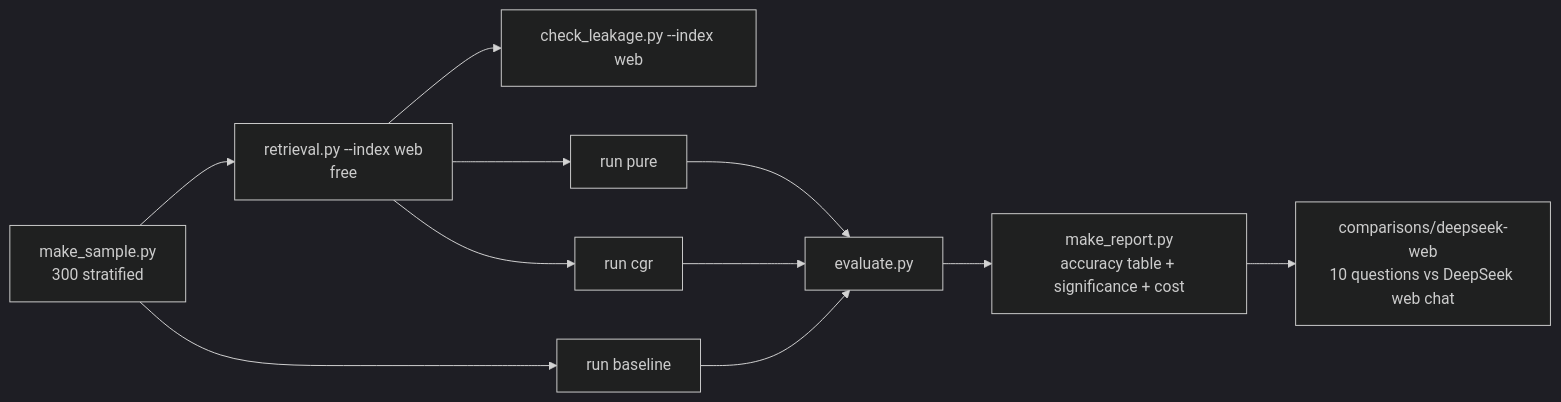
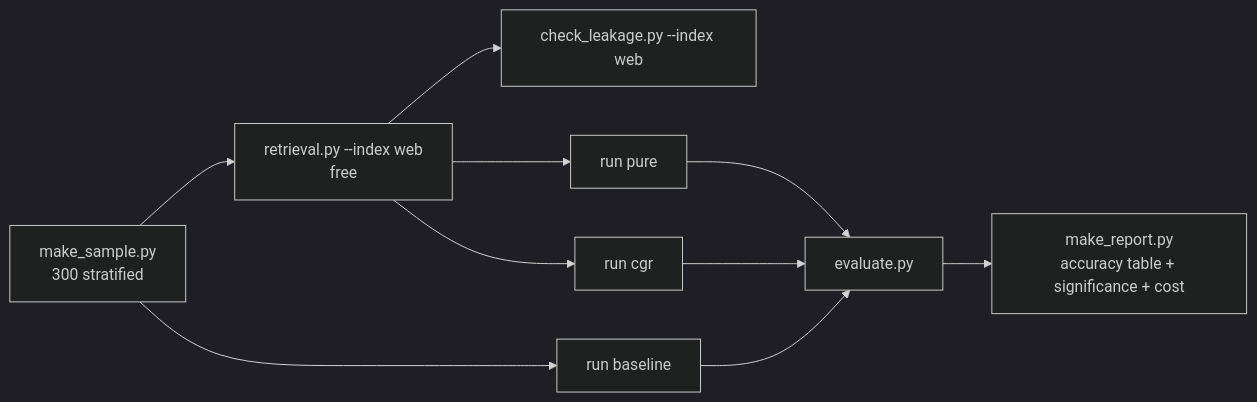
The sixth of 6 diagrams in project-structure/README.md (benleung2004/RAPTOR-CGR), drawn with Mermaid (dark theme) before and after one commit. The commit also changed other lines of this file and 4 other files, not shown here.

Commit message:
Remove unused DeepSeek web comparison sheet (the API baseline covers it)

````diff
--- a/project-structure/README.md
+++ b/project-structure/README.md
@@ -183,11 +182,10 @@
 ```mermaid
 flowchart LR
     M[make_sample.py<br/>300 stratified] --> RW[retrieval.py --index web<br/>free]
     RW --> LK[check_leakage.py --index web]
     M --> B[run baseline]
     RW --> P[run pure]
     RW --> C[run cgr]
     B & P & C --> EV[evaluate.py]
     EV --> RP[make_report.py<br/>accuracy table + significance + cost]
-    RP --> CMP[comparisons/deepseek-web<br/>10 questions vs DeepSeek web chat]
 ```
````
